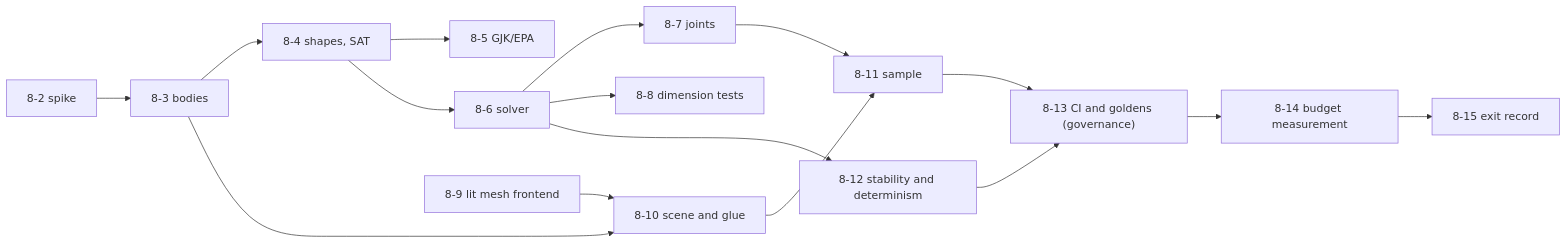
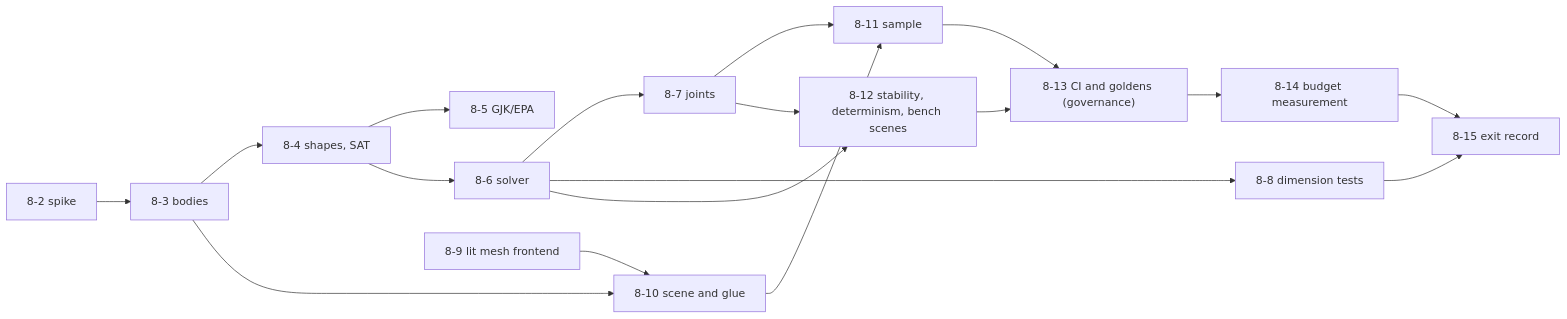
The second of 2 diagrams in wiki/architecture/phase8-3d-v0.md (giamat90/DuckEngine), drawn with Mermaid before and after one commit. The commit also changed other lines of this file and 1 other file, not shown here.

````diff
--- a/wiki/architecture/phase8-3d-v0.md
+++ b/wiki/architecture/phase8-3d-v0.md
@@ -150,18 +150,20 @@
 ```mermaid
 flowchart LR
   c2["8-2 spike"] --> c3["8-3 bodies"]
   c3 --> c4["8-4 shapes, SAT"]
   c4 --> c5["8-5 GJK/EPA"]
   c4 --> c6["8-6 solver"]
   c6 --> c7["8-7 joints"]
   c6 --> c8["8-8 dimension tests"]
   c9["8-9 lit mesh frontend"] --> c10["8-10 scene and glue"]
   c3 --> c10
   c7 --> c11["8-11 sample"]
   c10 --> c11
-  c6 --> c12["8-12 stability and determinism"]
+  c6 --> c12["8-12 stability, determinism, bench scenes"]
+  c7 --> c12
+  c8 --> c15["8-15 exit record"]
   c11 --> c13["8-13 CI and goldens (governance)"]
   c12 --> c13
   c13 --> c14["8-14 budget measurement"]
-  c14 --> c15["8-15 exit record"]
+  c14 --> c15
 ```
````
